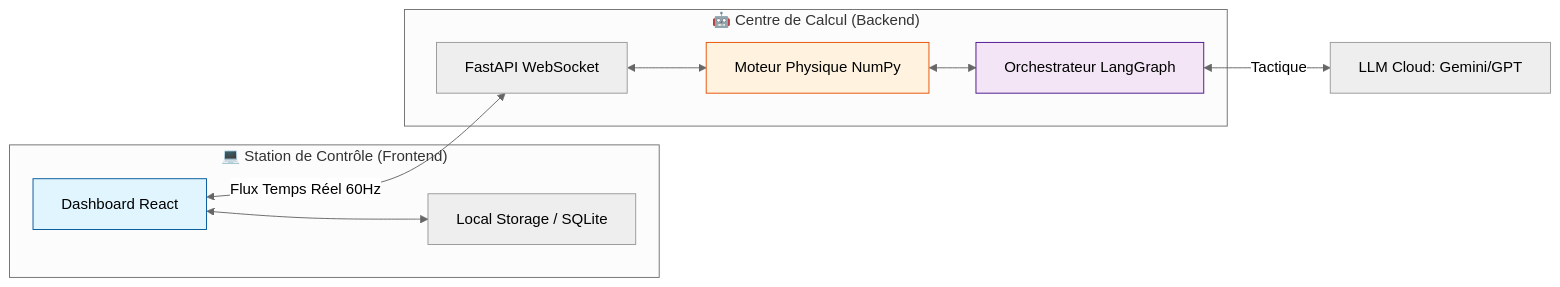
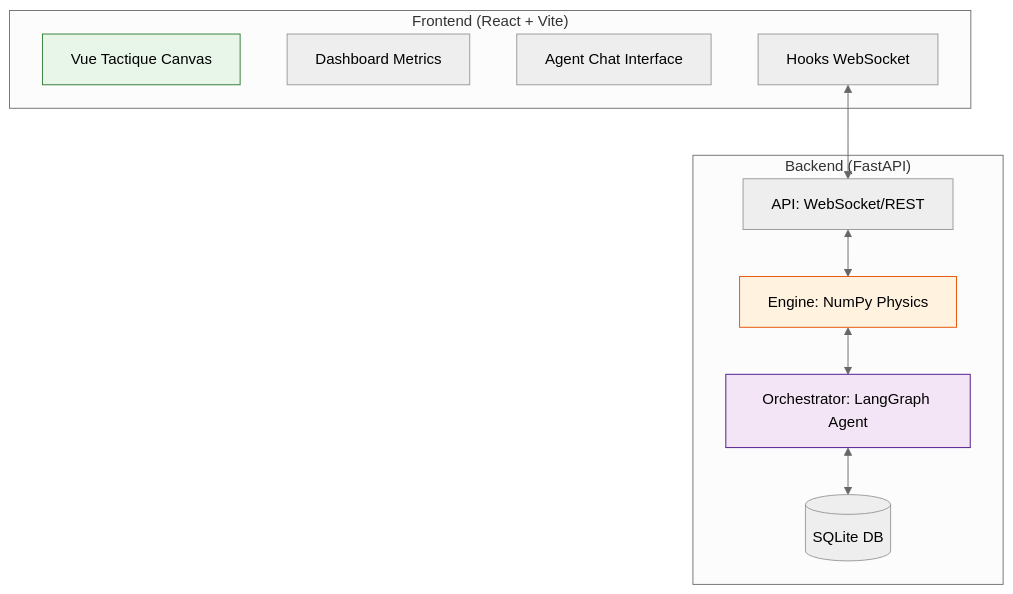
The second of 7 diagrams in README.md (dagornc/EssaimDrones), drawn with Mermaid (neutral theme) before and after one commit. The commit also changed other lines of this file, not shown here.

Commit message:
docs: enrich README with visual schemas for all major sections

````diff
--- a/README.md
+++ b/README.md
@@ -52,24 +52,25 @@
 ```mermaid
-graph LR
-    subgraph "💻 Station de Contrôle (Frontend)"
-        GUI[Dashboard React]
-        Store[Local Storage / SQLite]
-        GUI <--> Store
+graph TD
+    subgraph "Frontend (React + Vite)"
+        V[Vue Tactique Canvas]
+        D[Dashboard Metrics]
+        C[Agent Chat Interface]
+        H[Hooks WebSocket]
     end
 
-    subgraph "🤖 Centre de Calcul (Backend)"
-        API[FastAPI WebSocket]
-        SIM[Moteur Physique NumPy]
-        AGENT[Orchestrateur LangGraph]
-        
-        API <--> SIM
-        SIM <--> AGENT
+    subgraph "Backend (FastAPI)"
+        S[Engine: NumPy Physics]
+        O[Orchestrator: LangGraph Agent]
+        A[API: WebSocket/REST]
+        DB[(SQLite DB)]
     end
 
-    GUI <-->|Flux Temps Réel 60Hz| API
-    AGENT <-->|Tactique| LLM[LLM Cloud: Gemini/GPT]
-
-    style GUI fill:#e1f5fe,stroke:#01579b
-    style SIM fill:#fff3e0,stroke:#e65100
-    style AGENT fill:#f3e5f5,stroke:#4a148c
+    H <--> A
+    A <--> S
+    S <--> O
+    O <--> DB
+    
+    style S fill:#fff3e0,stroke:#e65100
+    style O fill:#f3e5f5,stroke:#4a148c
+    style V fill:#e8f5e9,stroke:#2e7d32
 ```
````
